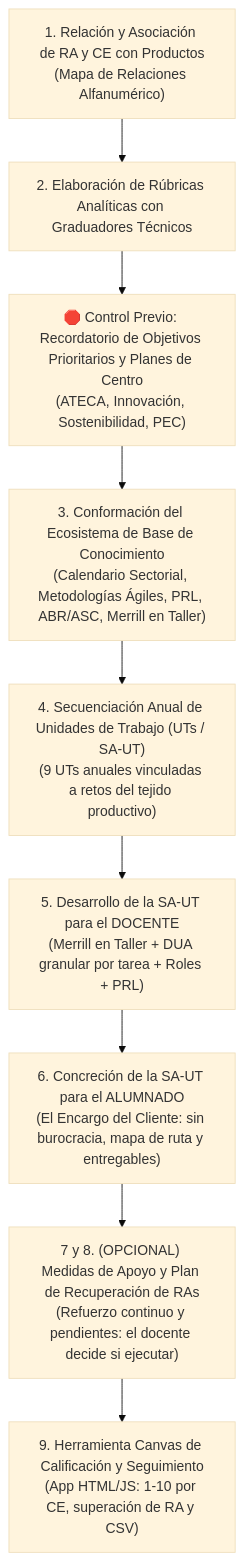
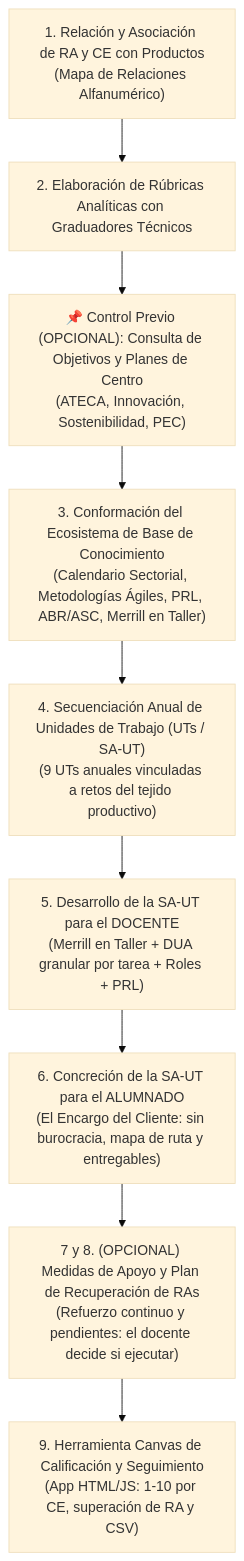
One commit to nmarafo/OpenDidactia changed the diagram in docs/guia_elaboracion_programaciones_y_ut_fp.md. Above: the diagram before and after it, drawn with Mermaid (base theme). The commit also changed other lines of this file and 15 other files, not shown here.

Commit message:
feat: establecer salida documental con formato enriquecido y punto de control de planes de centro opcional

````diff
--- a/docs/guia_elaboracion_programaciones_y_ut_fp.md
+++ b/docs/guia_elaboracion_programaciones_y_ut_fp.md
@@ -30,11 +30,11 @@
 ```mermaid
 graph TD
     A["1. Relación y Asociación de RA y CE con Productos<br>(Mapa de Relaciones Alfanumérico)"] --> B["2. Elaboración de Rúbricas Analíticas con Graduadores Técnicos"]
-    B --> CP["🛑 Control Previo: Recordatorio de Objetivos Prioritarios y Planes de Centro<br>(ATECA, Innovación, Sostenibilidad, PEC)"]
+    B --> CP["📌 Control Previo (OPCIONAL): Consulta de Objetivos y Planes de Centro<br>(ATECA, Innovación, Sostenibilidad, PEC)"]
     CP --> C["3. Conformación del Ecosistema de Base de Conocimiento<br>(Calendario Sectorial, Metodologías Ágiles, PRL, ABR/ASC, Merrill en Taller)"]
     C --> D["4. Secuenciación Anual de Unidades de Trabajo (UTs / SA-UT)<br>(9 UTs anuales vinculadas a retos del tejido productivo)"]
     D --> E["5. Desarrollo de la SA-UT para el DOCENTE<br>(Merrill en Taller + DUA granular por tarea + Roles + PRL)"]
     E --> F["6. Concreción de la SA-UT para el ALUMNADO<br>(El Encargo del Cliente: sin burocracia, mapa de ruta y entregables)"]
     F --> G["7 y 8. (OPCIONAL) Medidas de Apoyo y Plan de Recuperación de RAs<br>(Refuerzo continuo y pendientes: el docente decide si ejecutar)"]
     G --> I["9. Herramienta Canvas de Calificación y Seguimiento<br>(App HTML/JS: 1-10 por CE, superación de RA y CSV)"]
 ```
````
